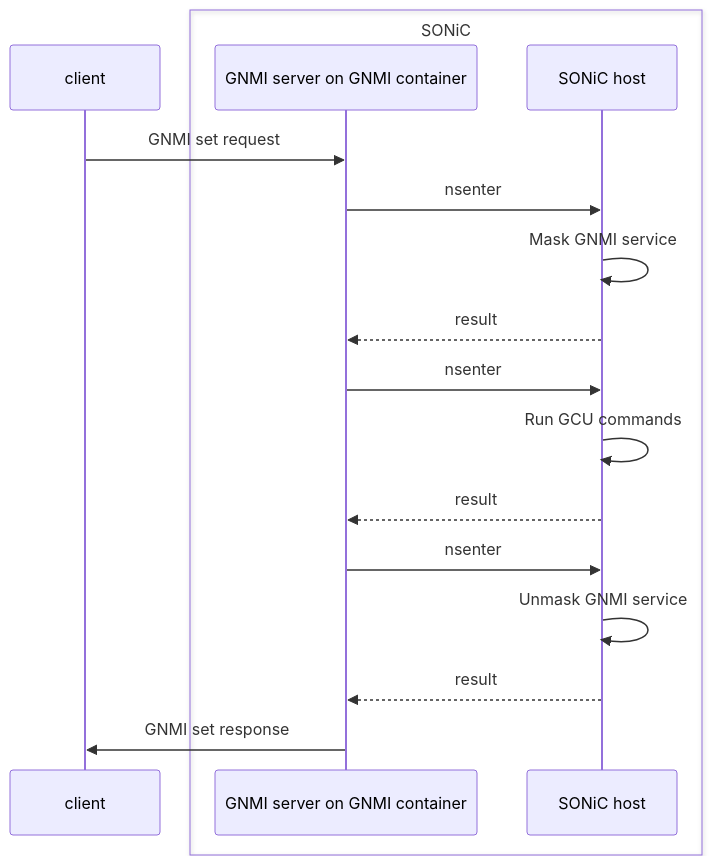
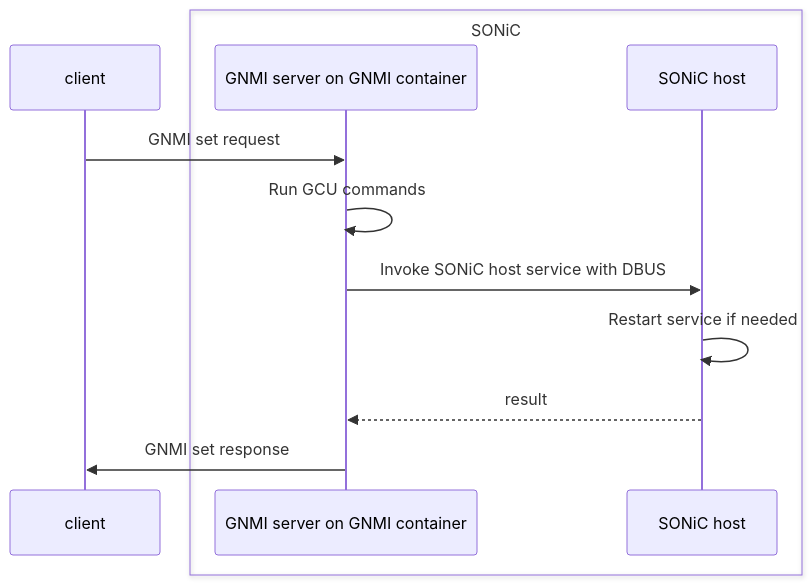
One commit to ganglyu/mermaid changed the diagram in gnmi_new_mode.md. Above: the diagram before and after it, drawn with Mermaid.

````diff
--- a/gnmi_new_mode.md
+++ b/gnmi_new_mode.md
@@ -1,19 +1,14 @@
 ```mermaid
 sequenceDiagram
     participant client
     box SONiC
         participant GNMI server on GNMI container
         participant SONiC host
     end
     client->>GNMI server on GNMI container: GNMI set request
-    GNMI server on GNMI container->>SONiC host: nsenter
-    SONiC host->>SONiC host: Mask GNMI service
-    SONiC host-->>GNMI server on GNMI container: result
-    GNMI server on GNMI container->>SONiC host: nsenter
-    SONiC host->>SONiC host: Run GCU commands
-    SONiC host-->>GNMI server on GNMI container: result
-    GNMI server on GNMI container->>SONiC host: nsenter
-    SONiC host->>SONiC host: Unmask GNMI service
+    GNMI server on GNMI container->>GNMI server on GNMI container: Run GCU commands
+    GNMI server on GNMI container->>SONiC host: Invoke SONiC host service with DBUS
+    SONiC host->>SONiC host: Restart service if needed
     SONiC host-->>GNMI server on GNMI container: result
     GNMI server on GNMI container->>client: GNMI set response
 ```
````
